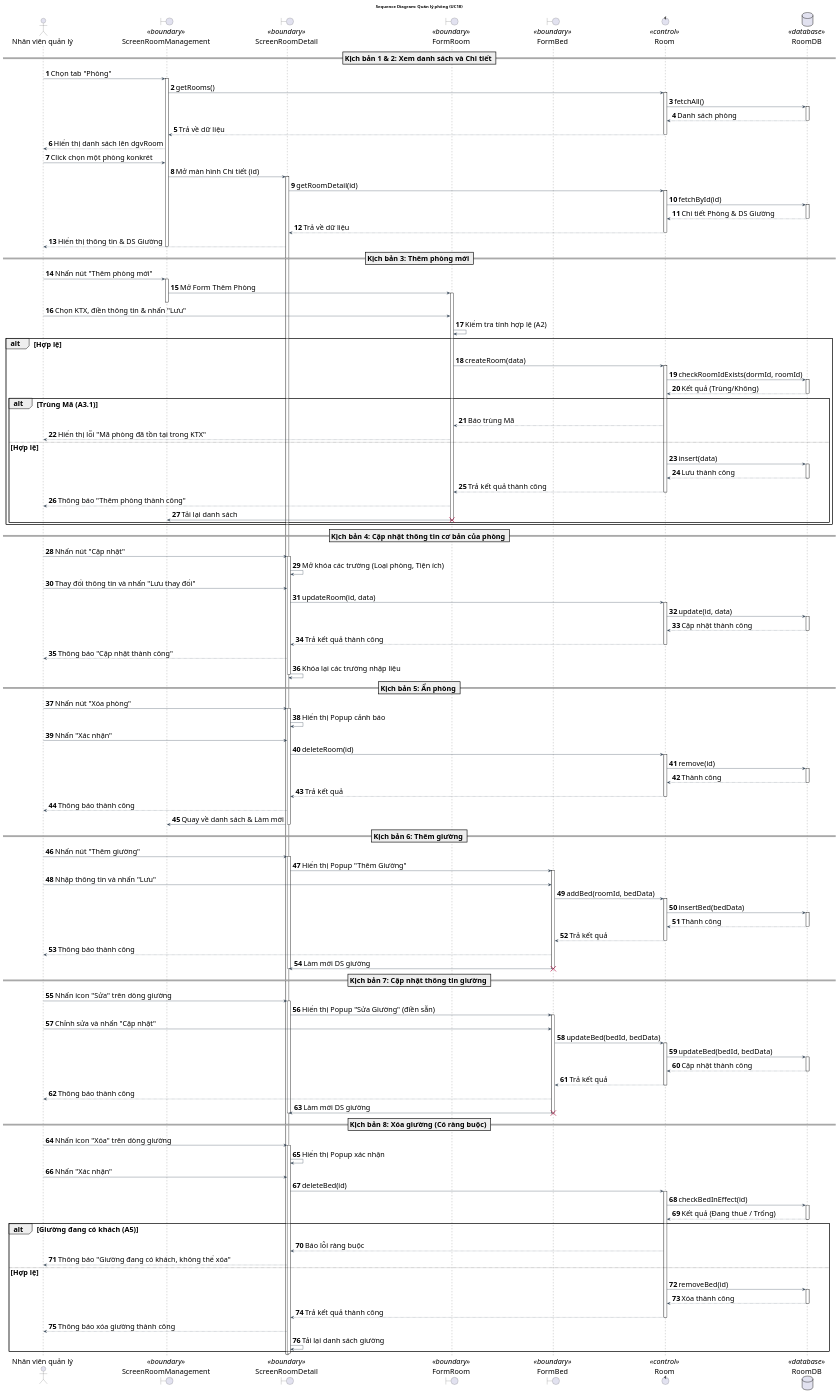
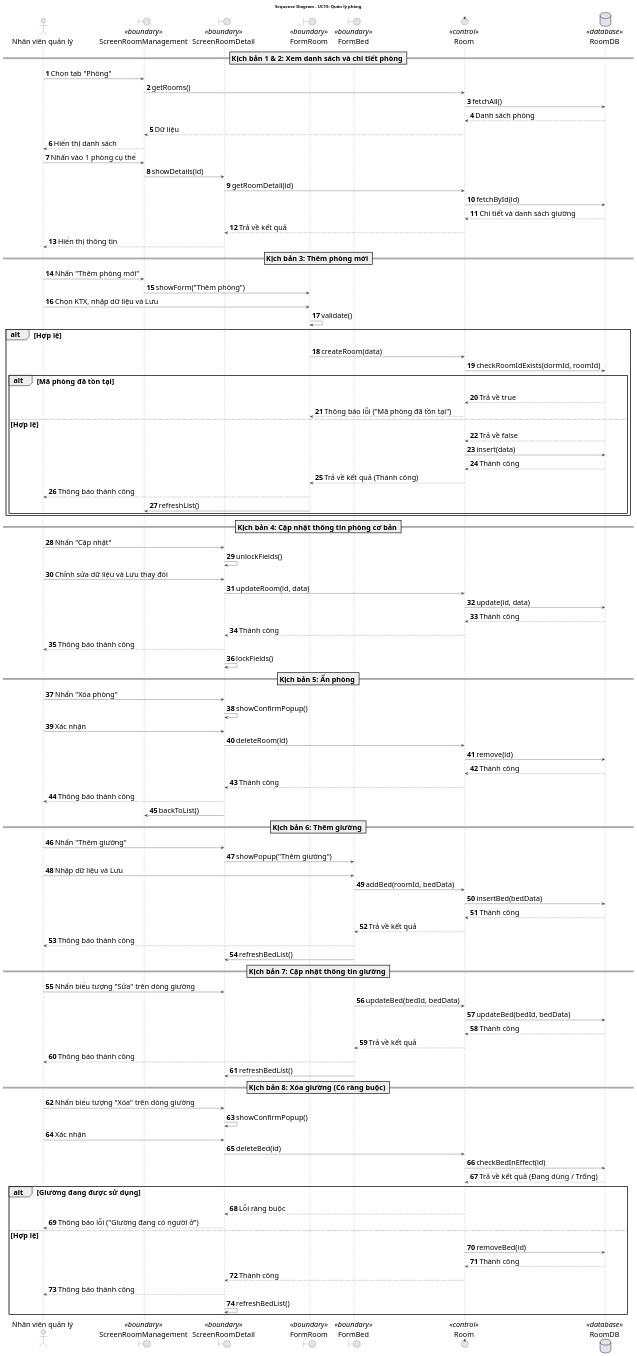
The diagram in doc/system/quan_ly_phong/quan_ly_phong_sequence_diagram.wsd (Gnourt812005/HCMUS-Analyze-and-desgin-IS), drawn with PlantUML before and after one commit. The commit also changed 48 other files, not shown here.

Commit message:
sys-uc: align format diagram

```diff
--- a/doc/system/quan_ly_phong/quan_ly_phong_sequence_diagram.wsd
+++ b/doc/system/quan_ly_phong/quan_ly_phong_sequence_diagram.wsd
@@ -1,188 +1,126 @@
 @startuml QuanLyPhong_SequenceDiagram
-title Sequence Diagram: Quản lý phòng (UC18)
+title Sequence Diagram - UC19: Quản lý phòng
 
 ' --- STYLE CONFIGURATION ---
 skinparam {
     BackgroundColor White
     ArrowColor #2D3E50
     DefaultFontName "Arial"
     DefaultFontSize 24
     ParticipantPadding 20
     BoxPadding 10
 }
 
 actor "Nhân viên quản lý" as Actor
 boundary "ScreenRoomManagement" as MainGUI <<boundary>>
 boundary "ScreenRoomDetail" as DetailGUI <<boundary>>
 boundary "FormRoom" as FormGUI <<boundary>>
 boundary "FormBed" as BedGUI <<boundary>>
 control "Room" as BUS <<control>>
-database "RoomDB" as DAO <<database>>
+database "RoomDB" as DB <<database>>
 
 autonumber
 
-== Kịch bản 1 & 2: Xem danh sách và Chi tiết ==
+== Kịch bản 1 & 2: Xem danh sách và chi tiết phòng ==
 Actor -> MainGUI: Chọn tab "Phòng"
-activate MainGUI
 MainGUI -> BUS: getRooms()
-activate BUS
-BUS -> DAO: fetchAll()
-activate DAO
-DAO --> BUS: Danh sách phòng
-deactivate DAO
-BUS --> MainGUI: Trả về dữ liệu
-deactivate BUS
-MainGUI --> Actor: Hiển thị danh sách lên dgvRoom
+BUS -> DB: fetchAll()
+DB --> BUS: Danh sách phòng
+BUS --> MainGUI: Dữ liệu
+MainGUI --> Actor: Hiển thị danh sách
 
-Actor -> MainGUI: Click chọn một phòng konkrét
-MainGUI -> DetailGUI: Mở màn hình Chi tiết (id)
-activate DetailGUI
+Actor -> MainGUI: Nhấn vào 1 phòng cụ thể
+MainGUI -> DetailGUI: showDetails(id)
 DetailGUI -> BUS: getRoomDetail(id)
-activate BUS
-BUS -> DAO: fetchById(id)
-activate DAO
-DAO --> BUS: Chi tiết Phòng & DS Giường
-deactivate DAO
-BUS --> DetailGUI: Trả về dữ liệu
-deactivate BUS
-DetailGUI --> Actor: Hiển thị thông tin & DS Giường
-deactivate MainGUI
+BUS -> DB: fetchById(id)
+DB --> BUS: Chi tiết và danh sách giường
+BUS --> DetailGUI: Trả về kết quả
+DetailGUI --> Actor: Hiển thị thông tin
 
 == Kịch bản 3: Thêm phòng mới ==
-Actor -> MainGUI: Nhấn nút "Thêm phòng mới"
-activate MainGUI
-MainGUI -> FormGUI: Mở Form Thêm Phòng
-activate FormGUI
-deactivate MainGUI
+Actor -> MainGUI: Nhấn "Thêm phòng mới"
+MainGUI -> FormGUI: showForm("Thêm phòng")
 
-Actor -> FormGUI: Chọn KTX, điền thông tin & nhấn "Lưu"
-FormGUI -> FormGUI: Kiểm tra tính hợp lệ (A2)
+Actor -> FormGUI: Chọn KTX, nhập dữ liệu và Lưu
+FormGUI -> FormGUI: validate()
 alt Hợp lệ
     FormGUI -> BUS: createRoom(data)
-    activate BUS
-    BUS -> DAO: checkRoomIdExists(dormId, roomId)
-    activate DAO
-    DAO --> BUS: Kết quả (Trùng/Không)
-    deactivate DAO
-    
-    alt Trùng Mã (A3.1)
-        BUS --> FormGUI: Báo trùng Mã
-        FormGUI --> Actor: Hiển thị lỗi "Mã phòng đã tồn tại trong KTX"
+    BUS -> DB: checkRoomIdExists(dormId, roomId)
+    alt Mã phòng đã tồn tại
+        DB --> BUS: Trả về true
+        BUS --> FormGUI: Thông báo lỗi ("Mã phòng đã tồn tại")
     else Hợp lệ
-        BUS -> DAO: insert(data)
-        activate DAO
-        DAO --> BUS: Lưu thành công
-        deactivate DAO
-        BUS --> FormGUI: Trả kết quả thành công
-        deactivate BUS
-        FormGUI --> Actor: Thông báo "Thêm phòng thành công"
-        FormGUI -> MainGUI: Tải lại danh sách
-        destroy FormGUI
+        DB --> BUS: Trả về false
+        BUS -> DB: insert(data)
+        DB --> BUS: Thành công
+        BUS --> FormGUI: Trả về kết quả (Thành công)
+        FormGUI --> Actor: Thông báo thành công
+        FormGUI -> MainGUI: refreshList()
     end
 end
 
-== Kịch bản 4: Cập nhật thông tin cơ bản của phòng ==
-Actor -> DetailGUI: Nhấn nút "Cập nhật"
-activate DetailGUI
-DetailGUI -> DetailGUI: Mở khóa các trường (Loại phòng, Tiện ích)
+== Kịch bản 4: Cập nhật thông tin phòng cơ bản ==
+Actor -> DetailGUI: Nhấn "Cập nhật"
+DetailGUI -> DetailGUI: unlockFields()
 
-Actor -> DetailGUI: Thay đổi thông tin và nhấn "Lưu thay đổi"
+Actor -> DetailGUI: Chỉnh sửa dữ liệu và Lưu thay đổi
 DetailGUI -> BUS: updateRoom(id, data)
-activate BUS
-BUS -> DAO: update(id, data)
-activate DAO
-DAO --> BUS: Cập nhật thành công
-deactivate DAO
-BUS --> DetailGUI: Trả kết quả thành công
-deactivate BUS
-
-DetailGUI --> Actor: Thông báo "Cập nhật thành công"
-DetailGUI -> DetailGUI: Khóa lại các trường nhập liệu
-deactivate DetailGUI
+BUS -> DB: update(id, data)
+DB --> BUS: Thành công
+BUS --> DetailGUI: Thành công
+DetailGUI --> Actor: Thông báo thành công
+DetailGUI -> DetailGUI: lockFields()
 
 == Kịch bản 5: Ẩn phòng ==
-Actor -> DetailGUI: Nhấn nút "Xóa phòng"
-activate DetailGUI
-DetailGUI -> DetailGUI: Hiển thị Popup cảnh báo
-Actor -> DetailGUI: Nhấn "Xác nhận"
+Actor -> DetailGUI: Nhấn "Xóa phòng"
+DetailGUI -> DetailGUI: showConfirmPopup()
+Actor -> DetailGUI: Xác nhận
 DetailGUI -> BUS: deleteRoom(id)
-activate BUS
-BUS -> DAO: remove(id)
-activate DAO
-DAO --> BUS: Thành công
-deactivate DAO
-BUS --> DetailGUI: Trả kết quả
-deactivate BUS
+BUS -> DB: remove(id)
+DB --> BUS: Thành công
+BUS --> DetailGUI: Thành công
 DetailGUI --> Actor: Thông báo thành công
-DetailGUI -> MainGUI: Quay về danh sách & Làm mới
-deactivate DetailGUI
+DetailGUI -> MainGUI: backToList()
 
 == Kịch bản 6: Thêm giường ==
-Actor -> DetailGUI: Nhấn nút "Thêm giường"
-activate DetailGUI
-DetailGUI -> BedGUI: Hiển thị Popup "Thêm Giường"
-activate BedGUI
+Actor -> DetailGUI: Nhấn "Thêm giường"
+DetailGUI -> BedGUI: showPopup("Thêm giường")
 
-Actor -> BedGUI: Nhập thông tin và nhấn "Lưu"
+Actor -> BedGUI: Nhập dữ liệu và Lưu
 BedGUI -> BUS: addBed(roomId, bedData)
-activate BUS
-BUS -> DAO: insertBed(bedData)
-activate DAO
-DAO --> BUS: Thành công
-deactivate DAO
-BUS --> BedGUI: Trả kết quả
-deactivate BUS
+BUS -> DB: insertBed(bedData)
+DB --> BUS: Thành công
+BUS --> BedGUI: Trả về kết quả
 BedGUI --> Actor: Thông báo thành công
-BedGUI -> DetailGUI: Làm mới DS giường
-destroy BedGUI
-deactivate DetailGUI
+BedGUI -> DetailGUI: refreshBedList()
 
 == Kịch bản 7: Cập nhật thông tin giường ==
-Actor -> DetailGUI: Nhấn icon "Sửa" trên dòng giường
-activate DetailGUI
-DetailGUI -> BedGUI: Hiển thị Popup "Sửa Giường" (điền sẵn)
-activate BedGUI
-
-Actor -> BedGUI: Chỉnh sửa và nhấn "Cập nhật"
+Actor -> DetailGUI: Nhấn biểu tượng "Sửa" trên dòng giường
 BedGUI -> BUS: updateBed(bedId, bedData)
-activate BUS
-BUS -> DAO: updateBed(bedId, bedData)
-activate DAO
-DAO --> BUS: Cập nhật thành công
-deactivate DAO
-BUS --> BedGUI: Trả kết quả
-deactivate BUS
-
+BUS -> DB: updateBed(bedId, bedData)
+DB --> BUS: Thành công
+BUS --> BedGUI: Trả về kết quả
 BedGUI --> Actor: Thông báo thành công
-BedGUI -> DetailGUI: Làm mới DS giường
-destroy BedGUI
-deactivate DetailGUI
+BedGUI -> DetailGUI: refreshBedList()
 
 == Kịch bản 8: Xóa giường (Có ràng buộc) ==
-Actor -> DetailGUI: Nhấn icon "Xóa" trên dòng giường
-activate DetailGUI
-DetailGUI -> DetailGUI: Hiển thị Popup xác nhận
-Actor -> DetailGUI: Nhấn "Xác nhận"
+Actor -> DetailGUI: Nhấn biểu tượng "Xóa" trên dòng giường
+DetailGUI -> DetailGUI: showConfirmPopup()
+Actor -> DetailGUI: Xác nhận
+
 DetailGUI -> BUS: deleteBed(id)
-activate BUS
-BUS -> DAO: checkBedInEffect(id)
-activate DAO
-DAO --> BUS: Kết quả (Đang thuê / Trống)
-deactivate DAO
+BUS -> DB: checkBedInEffect(id)
+DB --> BUS: Trả về kết quả (Đang dùng / Trống)
 
-alt Giường đang có khách (A5)
-    BUS --> DetailGUI: Báo lỗi ràng buộc
-    DetailGUI --> Actor: Thông báo "Giường đang có khách, không thể xóa"
+alt Giường đang được sử dụng
+    BUS --> DetailGUI: Lỗi ràng buộc
+    DetailGUI --> Actor: Thông báo lỗi ("Giường đang có người ở")
 else Hợp lệ
-    BUS -> DAO: removeBed(id)
-    activate DAO
-    DAO --> BUS: Xóa thành công
-    deactivate DAO
-    BUS --> DetailGUI: Trả kết quả thành công
-    deactivate BUS
-    DetailGUI --> Actor: Thông báo xóa giường thành công
-    DetailGUI -> DetailGUI: Tải lại danh sách giường
+    BUS -> DB: removeBed(id)
+    DB --> BUS: Thành công
+    BUS --> DetailGUI: Thành công
+    DetailGUI --> Actor: Thông báo thành công
+    DetailGUI -> DetailGUI: refreshBedList()
 end
-deactivate DetailGUI
 
 @enduml
```
